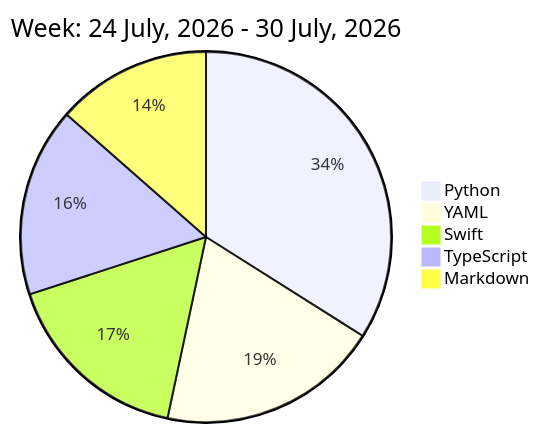
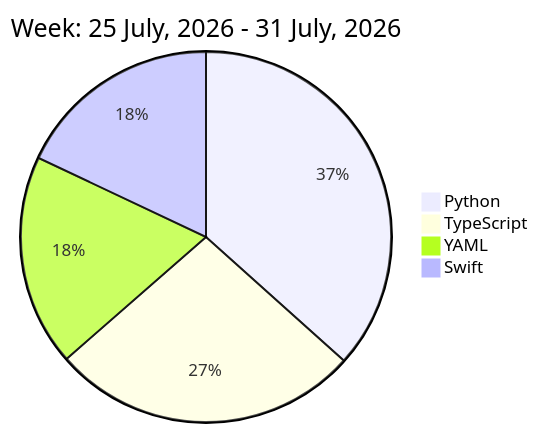
Before and after one commit to liubin95/liubin95: the diagram in README.md, drawn with Mermaid.

Commit message:
Updated the Graph with new Metrics

````diff
--- a/README.md
+++ b/README.md
@@ -32,9 +32,8 @@
 ```mermaid
  pie
-title Week: 24 July, 2026 - 30 July, 2026
+title Week: 25 July, 2026 - 31 July, 2026
  "Python" : 5.4
- "YAML" : 3.08
+ "TypeScript" : 3.97
+ "YAML" : 2.72
  "Swift" : 2.65
- "TypeScript" : 2.62
- "Markdown" : 2.15
 ```
````
